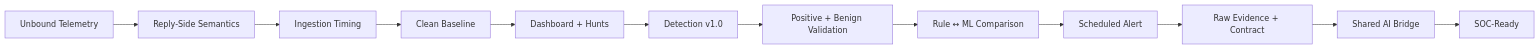
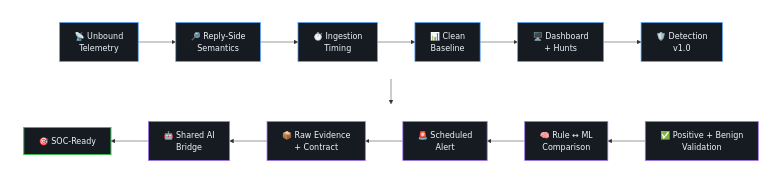
One commit to DNSentinel-Lab/Scenario-02-DGA changed the diagram in detection-engineering/README.md. Above: the diagram before and after it, drawn with Mermaid.

Commit message:
Revise engineering path flowchart with icons
Updated flowchart to enhance clarity and added icons for better visualization.

````diff
--- a/detection-engineering/README.md
+++ b/detection-engineering/README.md
@@ -43,14 +43,40 @@
 ```mermaid
-flowchart LR
-    A["Unbound Telemetry"] --> B["Reply-Side Semantics"]
-    B --> C["Ingestion Timing"]
-    C --> D["Clean Baseline"]
-    D --> E["Dashboard + Hunts"]
-    E --> F["Detection v1.0"]
-    F --> G["Positive + Benign Validation"]
-    G --> H["Rule ↔ ML Comparison"]
-    H --> I["Scheduled Alert"]
-    I --> J["Raw Evidence + Contract"]
-    J --> K["Shared AI Bridge"]
-    K --> L["SOC-Ready"]
+flowchart TB
+
+    subgraph ROW1[" "]
+        direction LR
+        A["📡 Unbound<br/>Telemetry"]
+        B["🔎 Reply-Side<br/>Semantics"]
+        C["⏱️ Ingestion<br/>Timing"]
+        D["📊 Clean<br/>Baseline"]
+        E["🖥️ Dashboard<br/>+ Hunts"]
+        F["🛡️ Detection<br/>v1.0"]
+
+        A --> B --> C --> D --> E --> F
+    end
+
+    subgraph ROW2[" "]
+        direction RL
+        G["✅ Positive + Benign<br/>Validation"]
+        H["🧠 Rule ↔ ML<br/>Comparison"]
+        I["🚨 Scheduled<br/>Alert"]
+        J["📦 Raw Evidence<br/>+ Contract"]
+        K["🤖 Shared AI<br/>Bridge"]
+        L["🎯 SOC-Ready"]
+
+        G --> H --> I --> J --> K --> L
+    end
+
+    F --> G
+
+    style ROW1 fill:none,stroke:none
+    style ROW2 fill:none,stroke:none
+
+    classDef engineering fill:#161b22,stroke:#58a6ff,stroke-width:1.5px,color:#f0f6fc,font-size:16px;
+    classDef validation fill:#161b22,stroke:#a371f7,stroke-width:1.5px,color:#f0f6fc,font-size:16px;
+    classDef final fill:#161b22,stroke:#3fb950,stroke-width:2px,color:#f0f6fc,font-size:16px;
+
+    class A,B,C,D,E,F engineering;
+    class G,H,I,J,K validation;
+    class L final;
 ```
````
